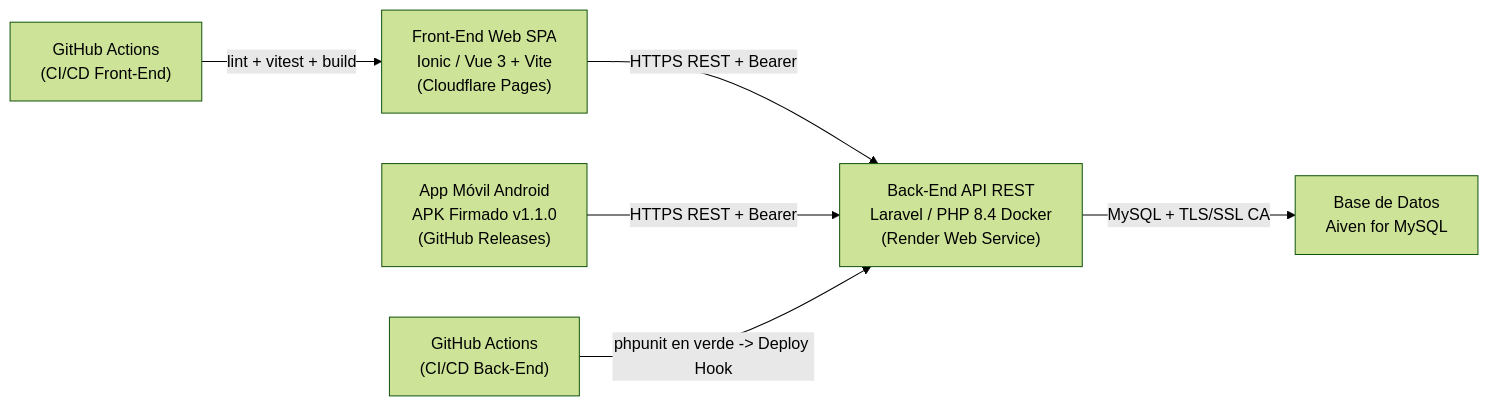
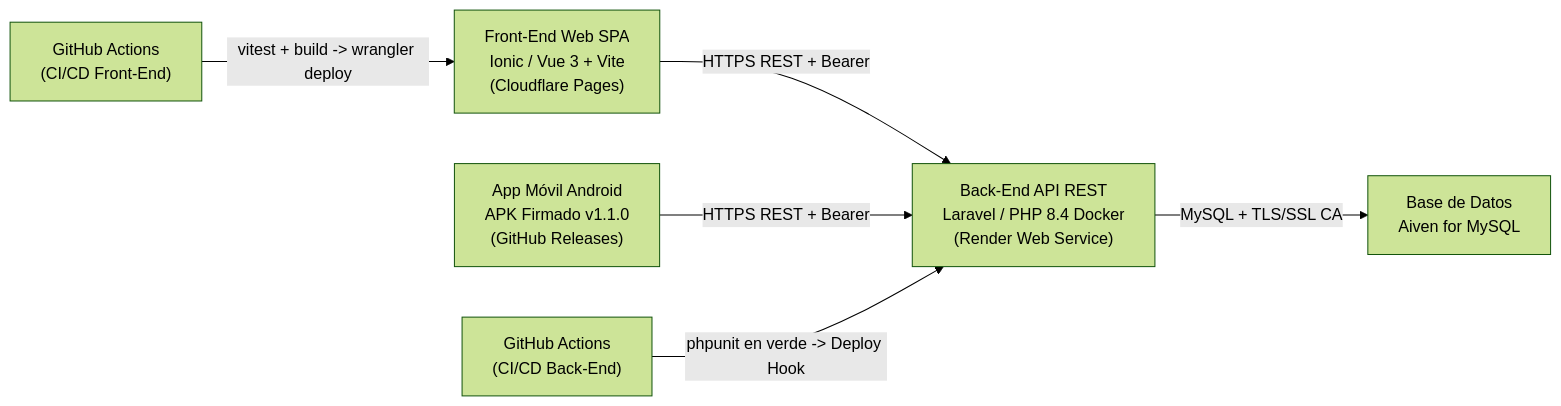
Before and after one commit to Haki7w7/ProyectoGanadero_BackEnd: the diagram in docs/lab14-despliegue.md, drawn with Mermaid (forest theme). The commit also changed other lines of this file and 11 other files, not shown here.

````diff
--- a/docs/lab14-despliegue.md
+++ b/docs/lab14-despliegue.md
@@ -15,8 +15,8 @@
 ```mermaid
 flowchart LR
     Web["Front-End Web SPA\nIonic / Vue 3 + Vite\n(Cloudflare Pages)"] -->|HTTPS REST + Bearer| API["Back-End API REST\nLaravel / PHP 8.4 Docker\n(Render Web Service)"]
     Mobile["App Móvil Android\nAPK Firmado v1.1.0\n(GitHub Releases)"] -->|HTTPS REST + Bearer| API
     API -->|MySQL + TLS/SSL CA| DB["Base de Datos\nAiven for MySQL"]
     GHB["GitHub Actions\n(CI/CD Back-End)"] -->|phpunit en verde -> Deploy Hook| API
-    GHF["GitHub Actions\n(CI/CD Front-End)"] -->|lint + vitest + build| Web
+    GHF["GitHub Actions\n(CI/CD Front-End)"] -->|vitest + build -> wrangler deploy| Web
 ```
````
